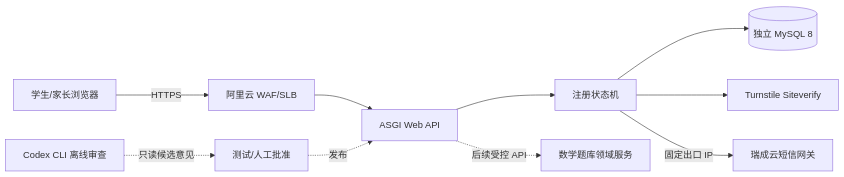
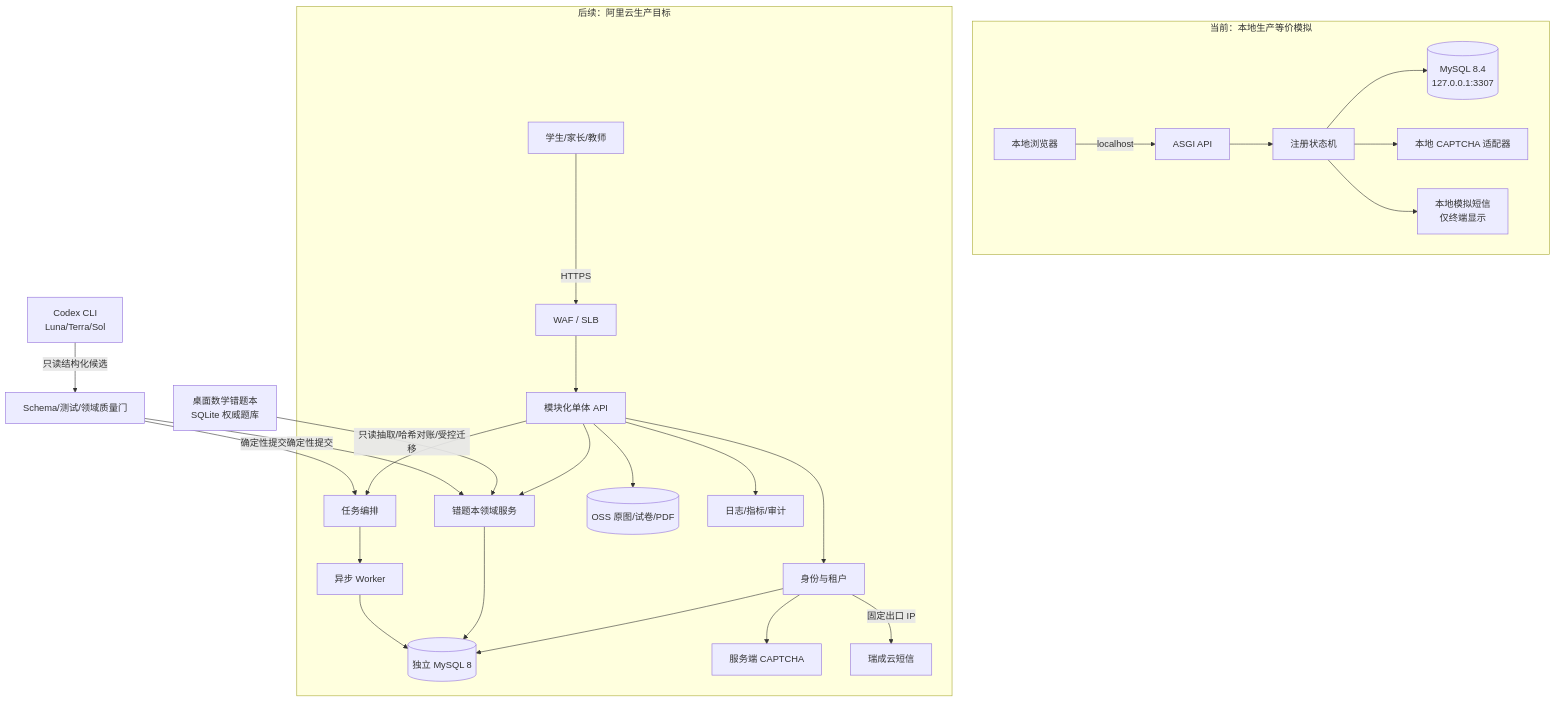
The first of 3 diagrams in PROJECT_ARCHITECTURE.md (chjesu/math-error-notebook-web), drawn with Mermaid before and after one commit. The commit also changed other lines of this file and 7 other files, not shown here.

````diff
--- a/PROJECT_ARCHITECTURE.md
+++ b/PROJECT_ARCHITECTURE.md
@@ -7,12 +13,31 @@
 ```mermaid
-flowchart LR
-    U[学生/家长浏览器] -->|HTTPS| WAF[阿里云 WAF/SLB]
-    WAF --> API[ASGI Web API]
-    API --> AUTH[注册状态机]
-    AUTH --> MYSQL[(独立 MySQL 8)]
-    AUTH --> CAPTCHA[Turnstile Siteverify]
-    AUTH -->|固定出口 IP| SMS[瑞成云短信网关]
-    REVIEW[Codex CLI 离线审查] -.只读候选意见.-> CI[测试/人工批准]
-    CI -.发布.-> API
-    API -.后续受控 API.-> MATH[数学题库领域服务]
+flowchart TB
+    subgraph LOCAL[当前：本地生产等价模拟]
+        LB[本地浏览器] -->|localhost| LAPI[ASGI API]
+        LAPI --> LAUTH[注册状态机]
+        LAUTH --> LDB[(MySQL 8.4\n127.0.0.1:3307)]
+        LAUTH --> LCAPTCHA[本地 CAPTCHA 适配器]
+        LAUTH --> LSMS[本地模拟短信\n仅终端显示]
+    end
+
+    subgraph TARGET[后续：阿里云生产目标]
+        U[学生/家长/教师] -->|HTTPS| WAF[WAF / SLB]
+        WAF --> API[模块化单体 API]
+        API --> AUTH[身份与租户]
+        API --> DOMAIN[错题本领域服务]
+        API --> JOBS[任务编排]
+        JOBS --> WORKER[异步 Worker]
+        AUTH --> MYSQL[(独立 MySQL 8)]
+        DOMAIN --> MYSQL
+        WORKER --> MYSQL
+        API --> OSS[(OSS 原图/试卷/PDF)]
+        AUTH --> CAPTCHA[服务端 CAPTCHA]
+        AUTH -->|固定出口 IP| SMS[瑞成云短信]
+        API --> OBS[日志/指标/审计]
+    end
+
+    DESKTOP[桌面数学错题本\nSQLite 权威题库] -->|只读抽取/哈希对账/受控迁移| DOMAIN
+    REVIEW[Codex CLI\nLuna/Terra/Sol] -->|只读结构化候选| GATE[Schema/测试/领域质量门]
+    GATE -->|确定性提交| DOMAIN
+    GATE -->|确定性提交| JOBS
 ```
````
